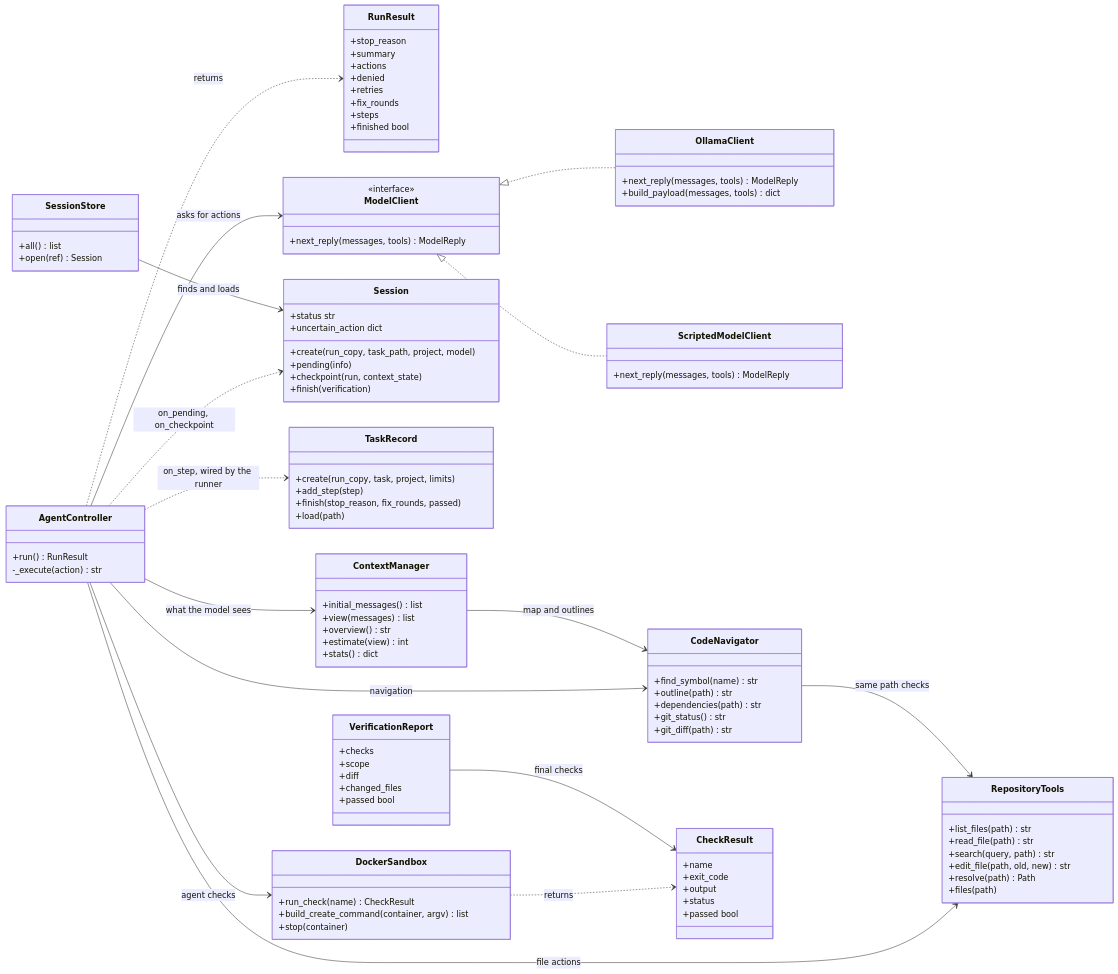
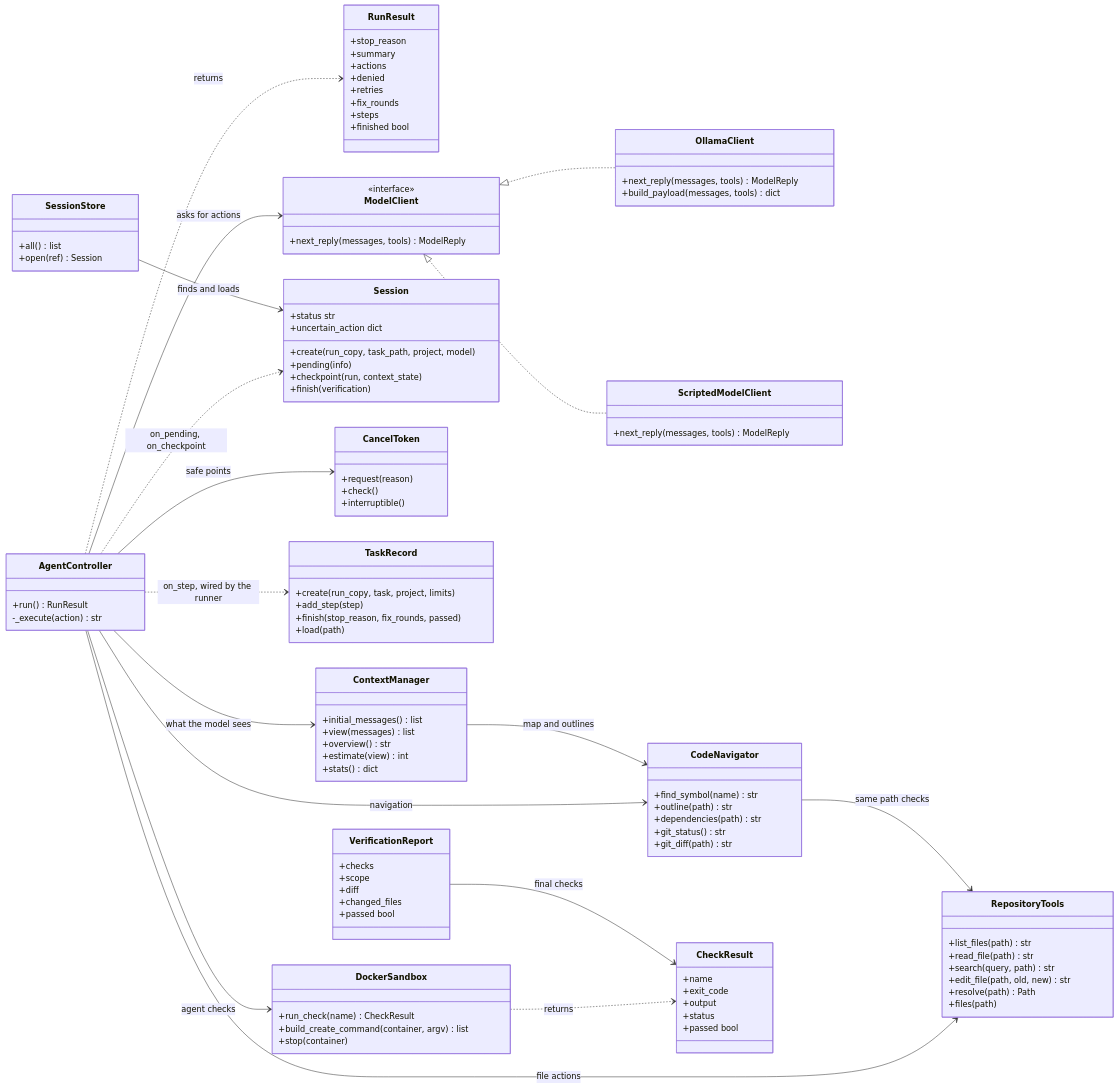
One commit to linda-gan/swe25-aaia-coding-harness changed the second of 7 diagrams in README.md. Above: the diagram before and after it, drawn with Mermaid. The commit also changed other lines of this file and 8 other files, not shown here.

Commit message:
Add cancellation: Ctrl+C and cancel command stop a run at a safe point

````diff
--- a/README.md
+++ b/README.md
@@ -290,6 +294,11 @@
         +finish(verification)
         +status str
         +uncertain_action dict
+    }
+    class CancelToken {
+        +request(reason)
+        +check()
+        +interruptible()
     }
     class SessionStore {
         +all() list
@@ -347,6 +356,7 @@
     AgentController ..> TaskRecord : on_step, wired by the runner
     AgentController ..> Session : on_pending, on_checkpoint
     SessionStore --> Session : finds and loads
+    AgentController --> CancelToken : safe points
     DockerSandbox ..> CheckResult : returns
     VerificationReport --> CheckResult : final checks
 ```
````
